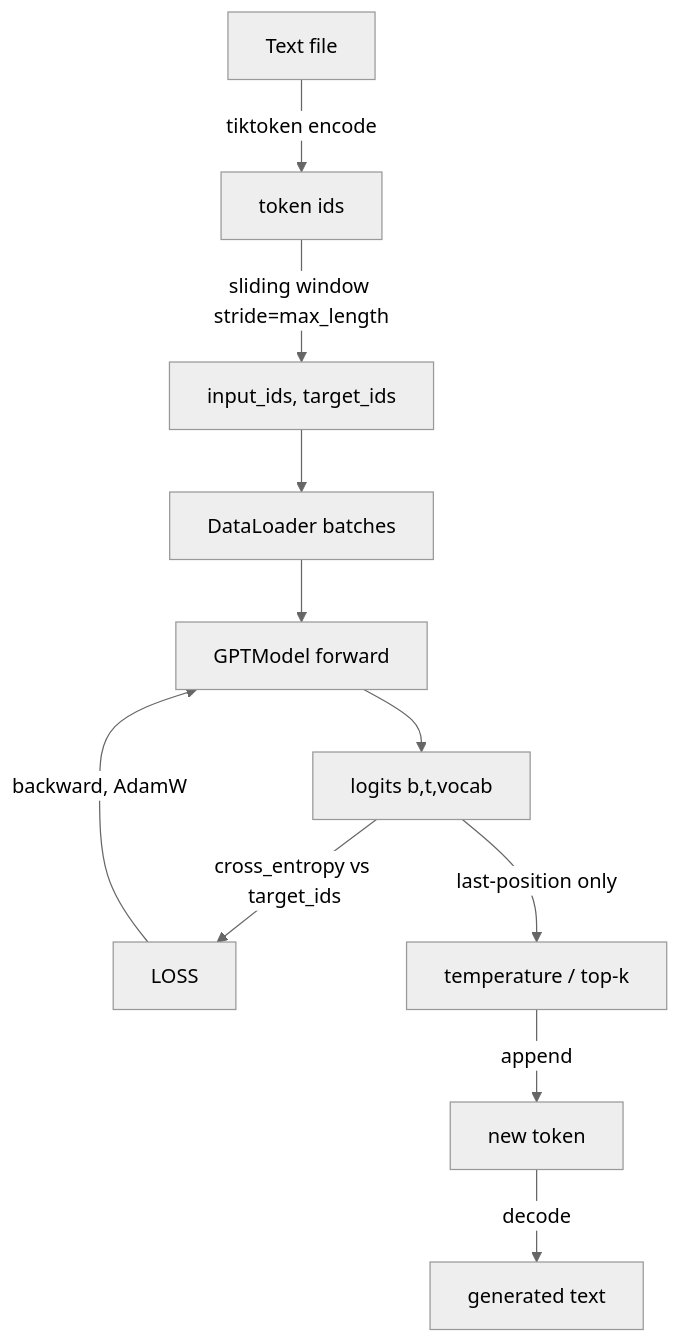
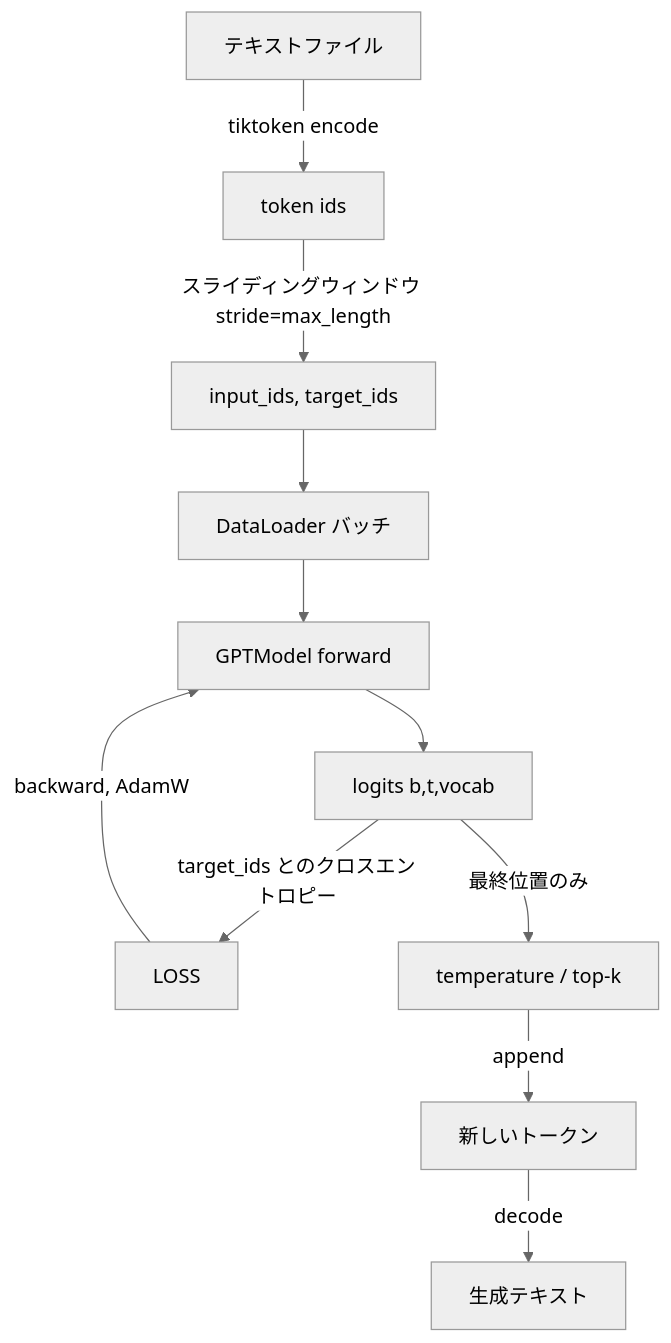
The second of 3 diagrams in docs/architecture.md (cacapouh/gpt2-from-scratch), drawn with Mermaid (neutral theme) before and after one commit. The commit also changed other lines of this file and 10 other files, not shown here.

````diff
--- a/docs/architecture.md
+++ b/docs/architecture.md
@@ -63,13 +63,13 @@
 ```mermaid
 flowchart TD
-    T[Text file] -->|tiktoken encode| IDS[token ids]
-    IDS -->|sliding window stride=max_length| PAIRS[input_ids, target_ids]
-    PAIRS --> DL[DataLoader batches]
+    T[テキストファイル] -->|tiktoken encode| IDS[token ids]
+    IDS -->|スライディングウィンドウ stride=max_length| PAIRS[input_ids, target_ids]
+    PAIRS --> DL[DataLoader バッチ]
     DL --> FW[GPTModel forward]
     FW --> LOGITS[logits b,t,vocab]
-    LOGITS -->|cross_entropy vs target_ids| LOSS
+    LOGITS -->|target_ids とのクロスエントロピー| LOSS
     LOSS -->|backward, AdamW| FW
-    LOGITS -->|last-position only| SAMPLE[temperature / top-k]
-    SAMPLE -->|append| IDS2[new token]
-    IDS2 -->|decode| OUT[generated text]
+    LOGITS -->|最終位置のみ| SAMPLE[temperature / top-k]
+    SAMPLE -->|append| IDS2[新しいトークン]
+    IDS2 -->|decode| OUT[生成テキスト]
 ```
````
